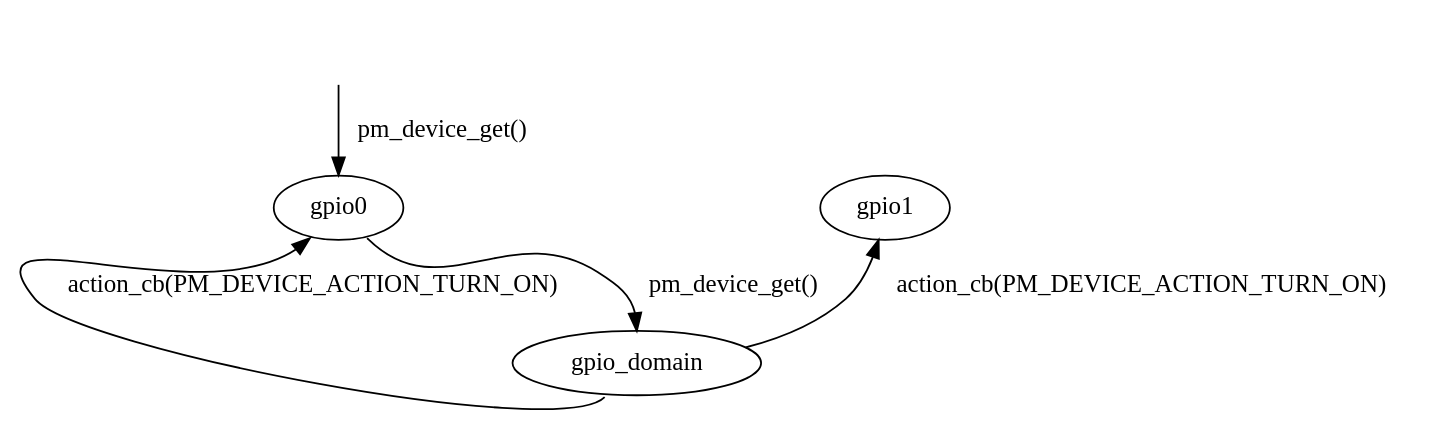
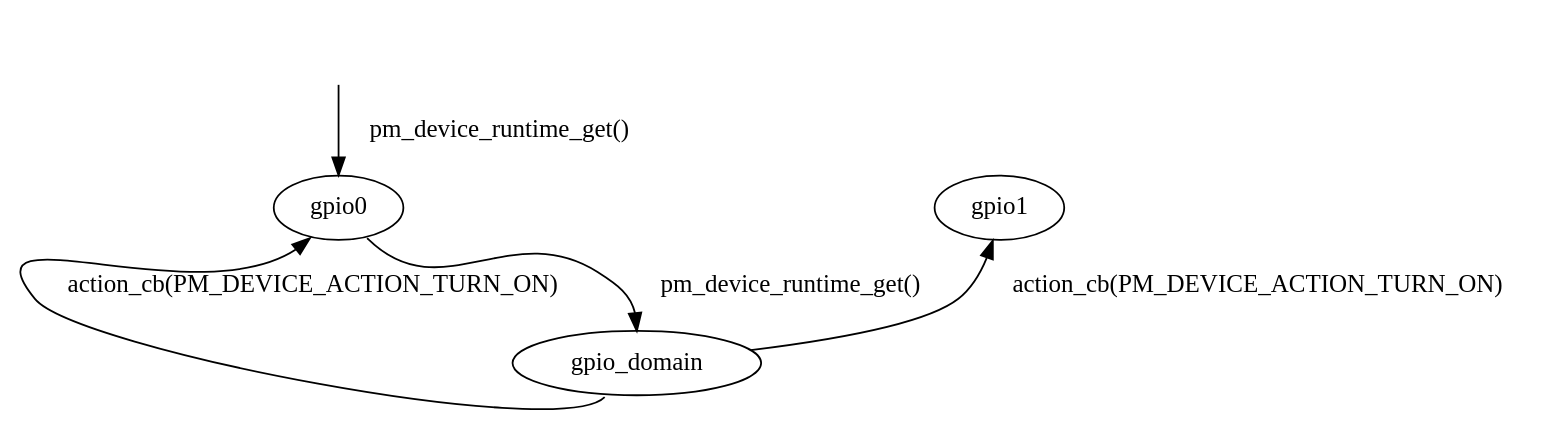
One commit to Ameba-AIoT/zephyr changed the diagram in doc/services/pm/power_domain.rst. Above: the diagram before and after it, drawn with Graphviz. The commit also changed other lines of this file and 30227 other files, not shown here.

```diff
--- a/doc/services/pm/power_domain.rst
+++ b/doc/services/pm/power_domain.rst
@@ -27,21 +27,21 @@
 .. graphviz::
    :caption: Power domain work flow
 
    digraph {
        rankdir="TB";
 
        action [style=invis]
        {
            rank = same;
            rankdir="LR"
            devA [label="gpio0"]
            devB [label="gpio1"]
        }
        domain [label="gpio_domain"]
 
-      action -> devA [label="pm_device_get()"]
-      devA:se -> domain:n [label="pm_device_get()"]
+      action -> devA [label="pm_device_runtime_get()"]
+      devA:se -> domain:n [label="pm_device_runtime_get()"]
 
       domain -> devB [label="action_cb(PM_DEVICE_ACTION_TURN_ON)"]
       domain:sw -> devA:sw [label="action_cb(PM_DEVICE_ACTION_TURN_ON)"]
    }
```
